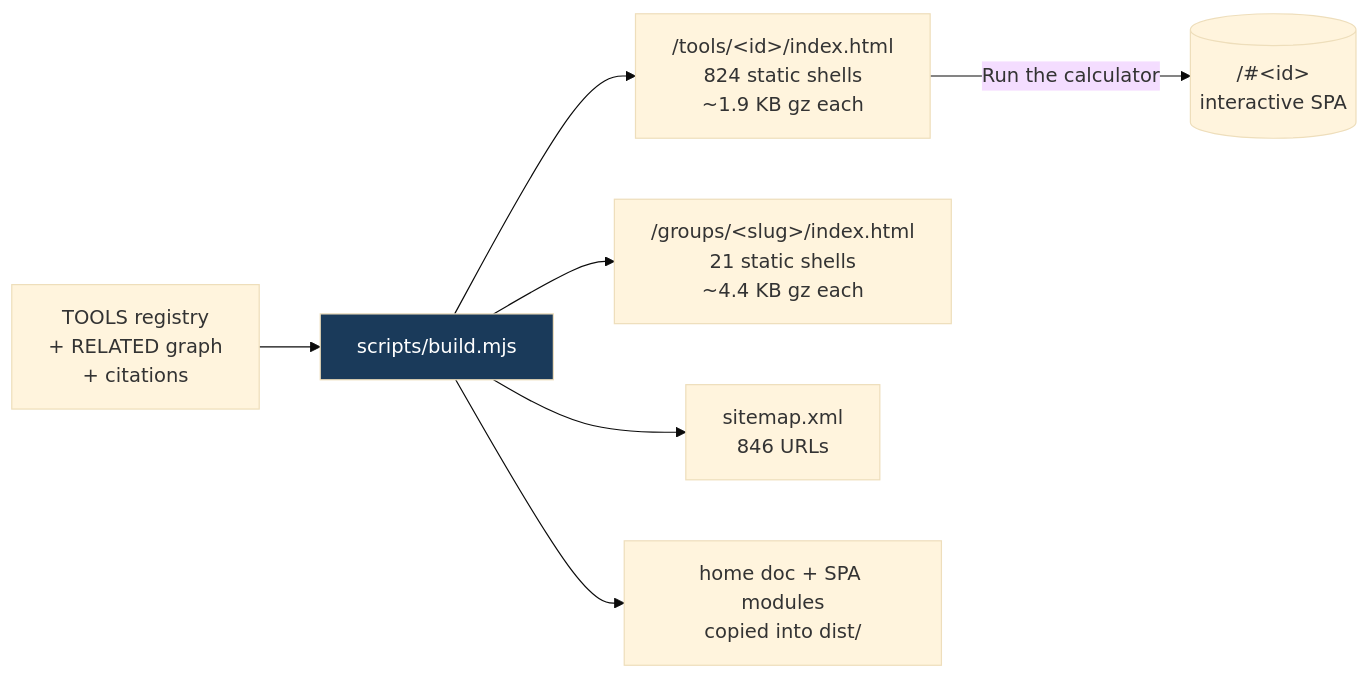
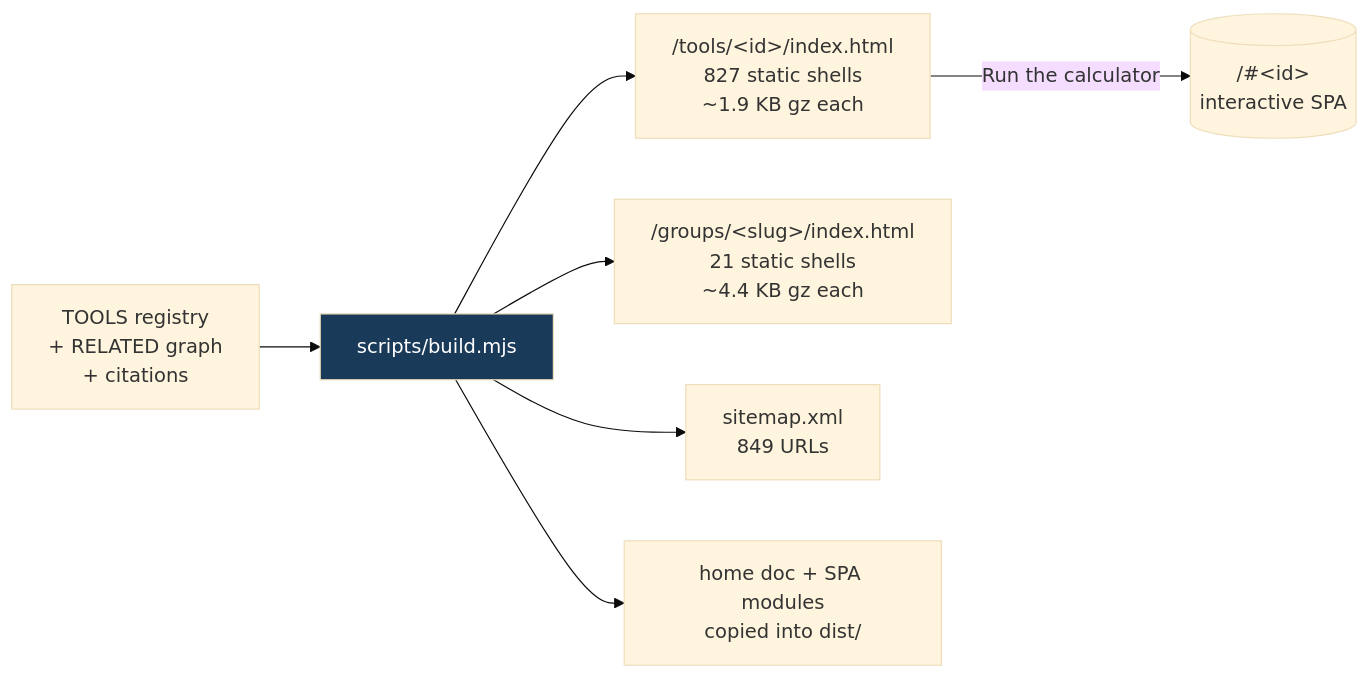
One commit to clay-good/roughlogic.com changed the fifth of 8 diagrams in README.md. Above: the diagram before and after it, drawn with Mermaid (base theme). The commit also changed other lines of this file and 18 other files, not shown here.

````diff
--- a/README.md
+++ b/README.md
@@ -495,10 +495,10 @@
 ```mermaid
 flowchart LR
     SRC[TOOLS registry\n+ RELATED graph\n+ citations] --> BUILD[scripts/build.mjs]
-    BUILD --> TILE["/tools/&lt;id&gt;/index.html\n824 static shells\n~1.9 KB gz each"]
+    BUILD --> TILE["/tools/&lt;id&gt;/index.html\n827 static shells\n~1.9 KB gz each"]
     BUILD --> GROUP["/groups/&lt;slug&gt;/index.html\n21 static shells\n~4.4 KB gz each"]
-    BUILD --> MAP["sitemap.xml\n846 URLs"]
+    BUILD --> MAP["sitemap.xml\n849 URLs"]
     BUILD --> COPY[home doc + SPA modules\ncopied into dist/]
     TILE -->|Run the calculator| SPA[("/#&lt;id&gt;\ninteractive SPA")]
     style BUILD fill:#1a3a5a,color:#fff
 ```
````
